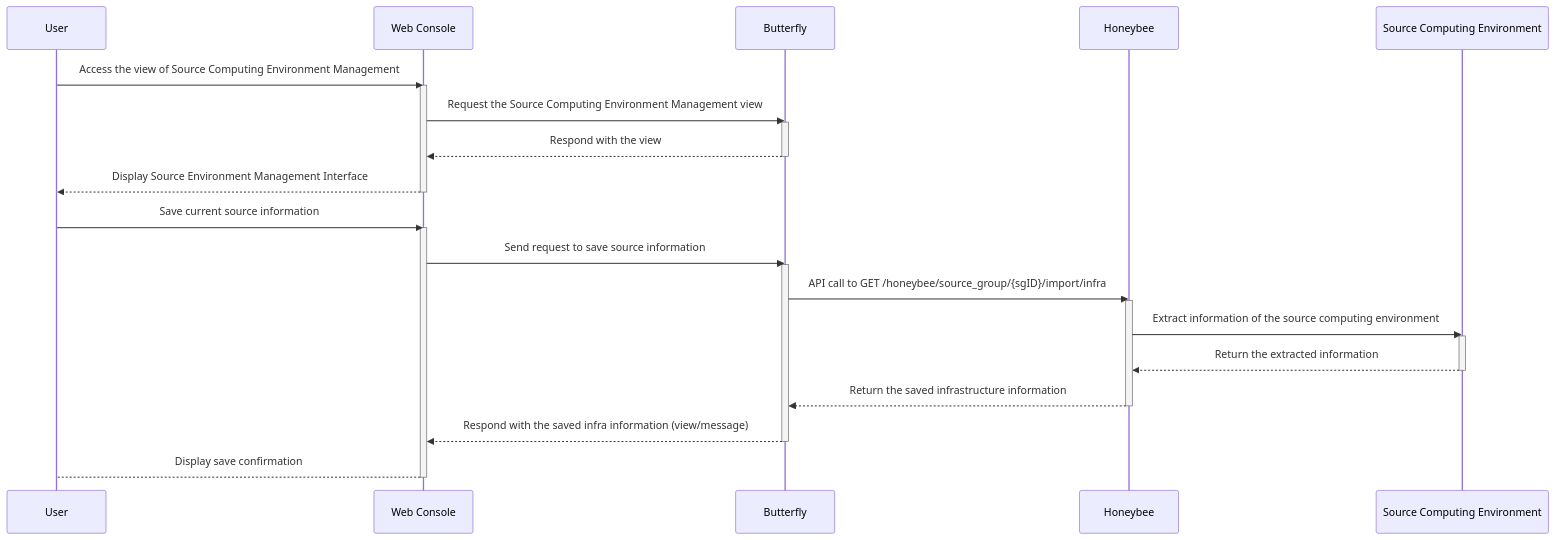
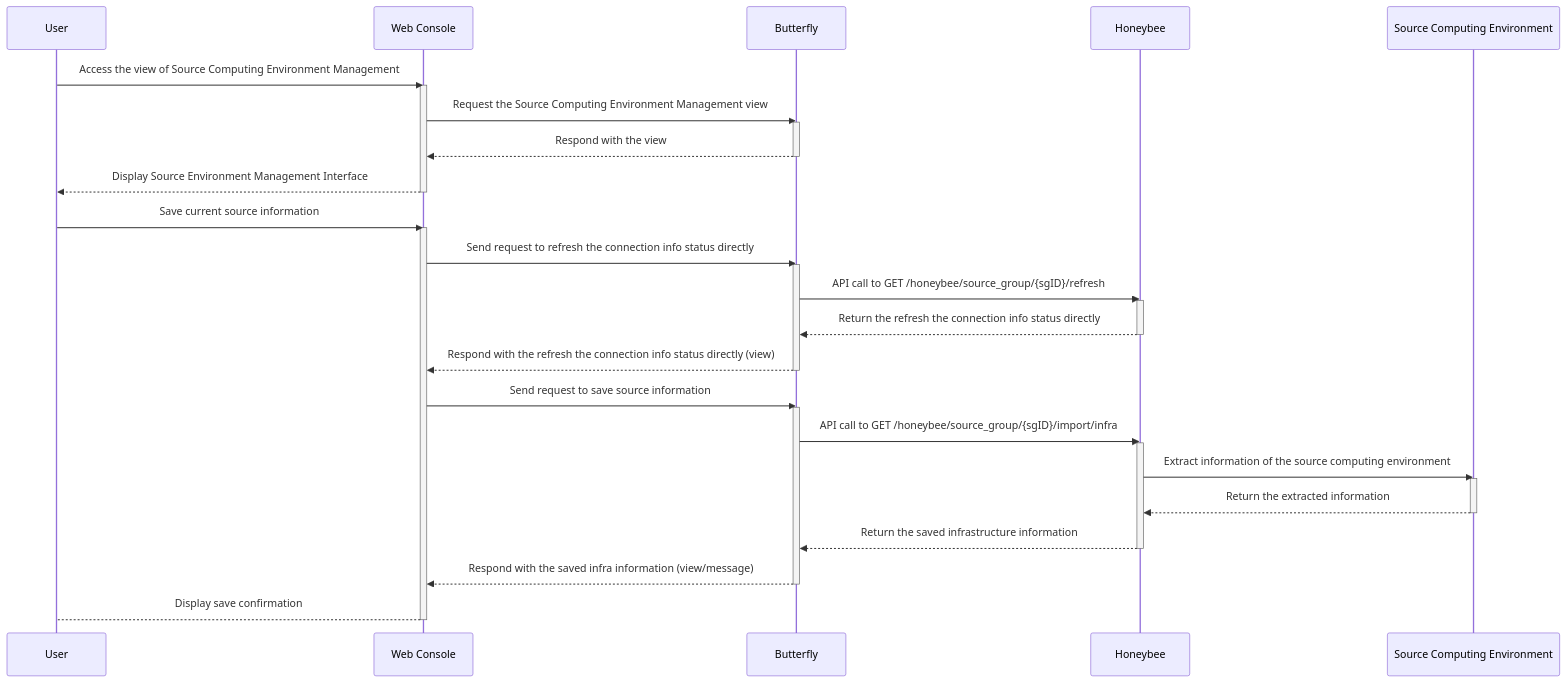
The third of 12 diagrams in docs/v0.4.0-user-scenario-for-computing-infra-migration.md (cloud-barista/cloud-migrator), drawn with Mermaid before and after one commit. The commit also changed other lines of this file, not shown here.

Commit message:
v0.4.0: Update infra scenario - revise part of web-based flow (#26)

````diff
--- a/docs/v0.4.0-user-scenario-for-computing-infra-migration.md
+++ b/docs/v0.4.0-user-scenario-for-computing-infra-migration.md
@@ -117,37 +118,47 @@
 ```mermaid
 sequenceDiagram
     participant User as User
     participant WebConsole as Web Console
     participant Butterfly as Butterfly
     participant Honeybee as Honeybee
     participant SrcEnv as Source Computing Environment
 
     %% Step 0: User accesses Source Computing Environment Management View
     User->>WebConsole: Access the view of Source Computing Environment Management
     activate WebConsole
     WebConsole->>Butterfly: Request the Source Computing Environment Management view
     activate Butterfly
     Butterfly-->>WebConsole: Respond with the view
     deactivate Butterfly
     WebConsole-->>User: Display Source Environment Management Interface
     deactivate WebConsole
 
     %% Step 1: Extract Source Info
     User->>WebConsole: Save current source information
     activate WebConsole
+
+    WebConsole->>Butterfly: Send request to refresh the connection info status directly
+    activate Butterfly
+    Butterfly->>Honeybee: API call to GET /honeybee/source_group/{sgID}/refresh
+    activate Honeybee
+    Honeybee-->>Butterfly: Return the refresh the connection info status directly
+    deactivate Honeybee
+    Butterfly-->>WebConsole: Respond with the refresh the connection info status directly (view)
+    deactivate Butterfly
+
     WebConsole->>Butterfly: Send request to save source information
     activate Butterfly
     Butterfly->>Honeybee: API call to GET /honeybee/source_group/{sgID}/import/infra
     activate Honeybee
     Honeybee->>SrcEnv: Extract information of the source computing environment
     activate SrcEnv
     SrcEnv-->>Honeybee: Return the extracted information
     deactivate SrcEnv
     Honeybee-->>Butterfly: Return the saved infrastructure information
     deactivate Honeybee
     Butterfly-->>WebConsole: Respond with the saved infra information (view/message)
     deactivate Butterfly
     WebConsole-->User: Display save confirmation
     deactivate WebConsole
 
 ```
````
